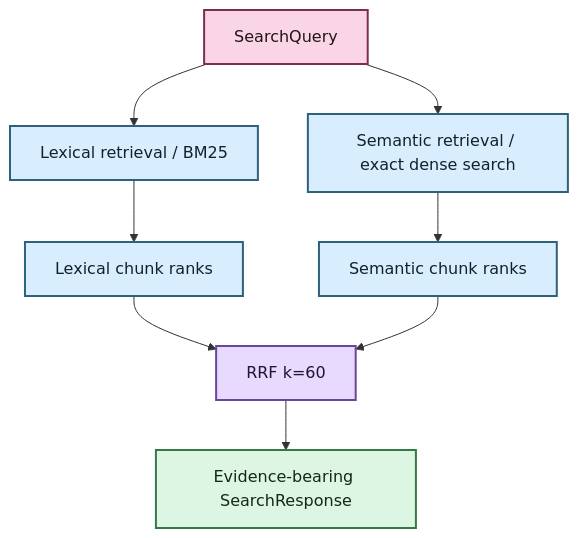
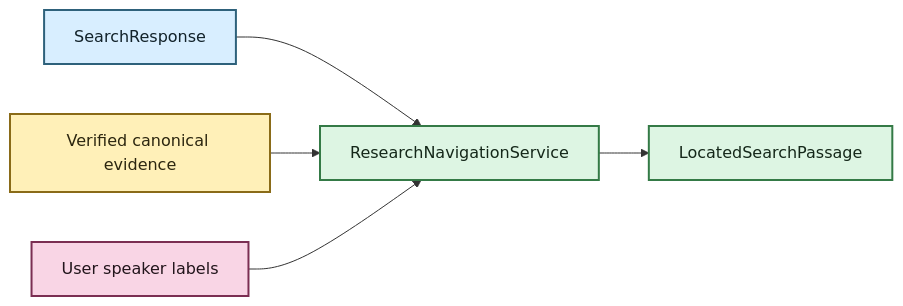
One commit to SSD1805/EchoFlow changed the third of 3 diagrams in docs/architecture/corpus-search.md. Above: the diagram before and after it, drawn with Mermaid. The commit also changed other lines of this file, not shown here.

Commit message:
Document aligned evidence navigation architecture

````diff
--- a/docs/architecture/corpus-search.md
+++ b/docs/architecture/corpus-search.md
@@ -306,20 +325,17 @@
 ```mermaid
-flowchart TD
-    Q[SearchQuery] --> L[Lexical retrieval / BM25]
-    Q --> S[Semantic retrieval / exact dense search]
-    L --> LR[Lexical chunk ranks]
-    S --> SR[Semantic chunk ranks]
-    LR --> R[RRF k=60]
-    SR --> R
-    R --> E[Evidence-bearing SearchResponse]
+flowchart LR
+    R[SearchResponse] --> N[ResearchNavigationService]
+    C[Verified canonical evidence] --> N
+    U[User speaker labels] --> N
+    N --> V[LocatedSearchPassage]
 
-    classDef query fill:#F9D5E5,stroke:#7B2E52,stroke-width:2px,color:#22151B
-    classDef rank fill:#D8EEFF,stroke:#2E617B,stroke-width:2px,color:#12222A
-    classDef fuse fill:#E8D9FF,stroke:#68469B,stroke-width:2px,color:#1F1630
-    classDef result fill:#DDF5E3,stroke:#347A46,stroke-width:2px,color:#142719
+    classDef derived fill:#D8EEFF,stroke:#2E617B,stroke-width:2px,color:#12222A
+    classDef evidence fill:#FFF0B8,stroke:#8A6B18,stroke-width:2px,color:#2C260F
+    classDef user fill:#F9D5E5,stroke:#7B2E52,stroke-width:2px,color:#22151B
+    classDef view fill:#DDF5E3,stroke:#347A46,stroke-width:2px,color:#142719
 
-    class Q query
-    class L,S,LR,SR rank
-    class R fuse
-    class E result
+    class R derived
+    class C evidence
+    class U user
+    class N,V view
 ```
````
